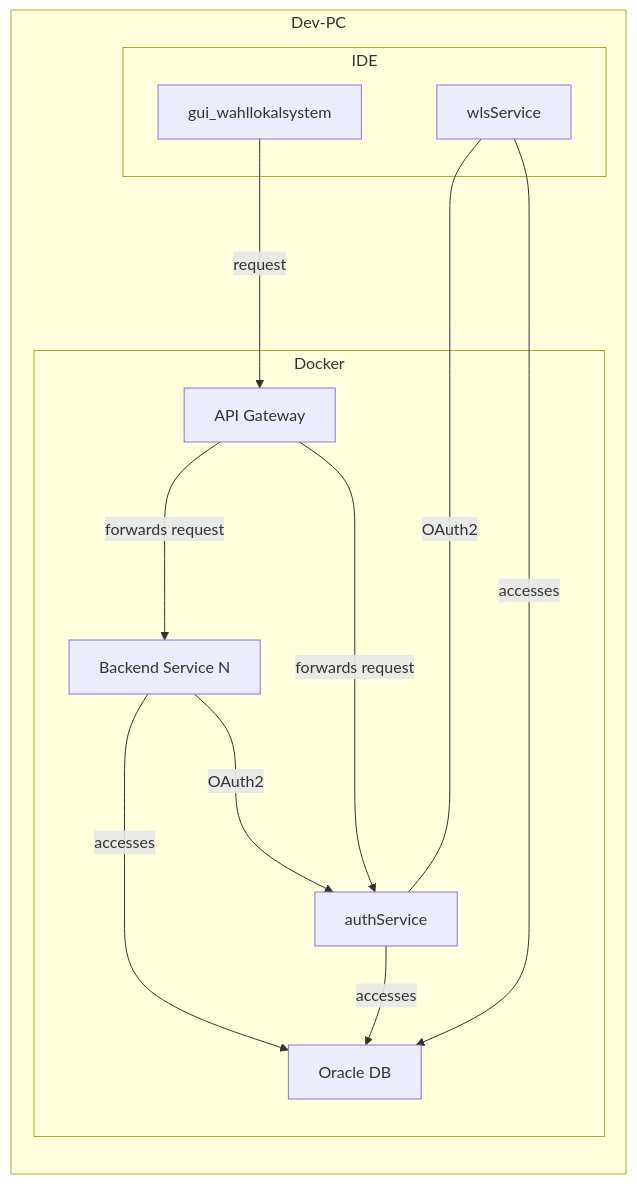
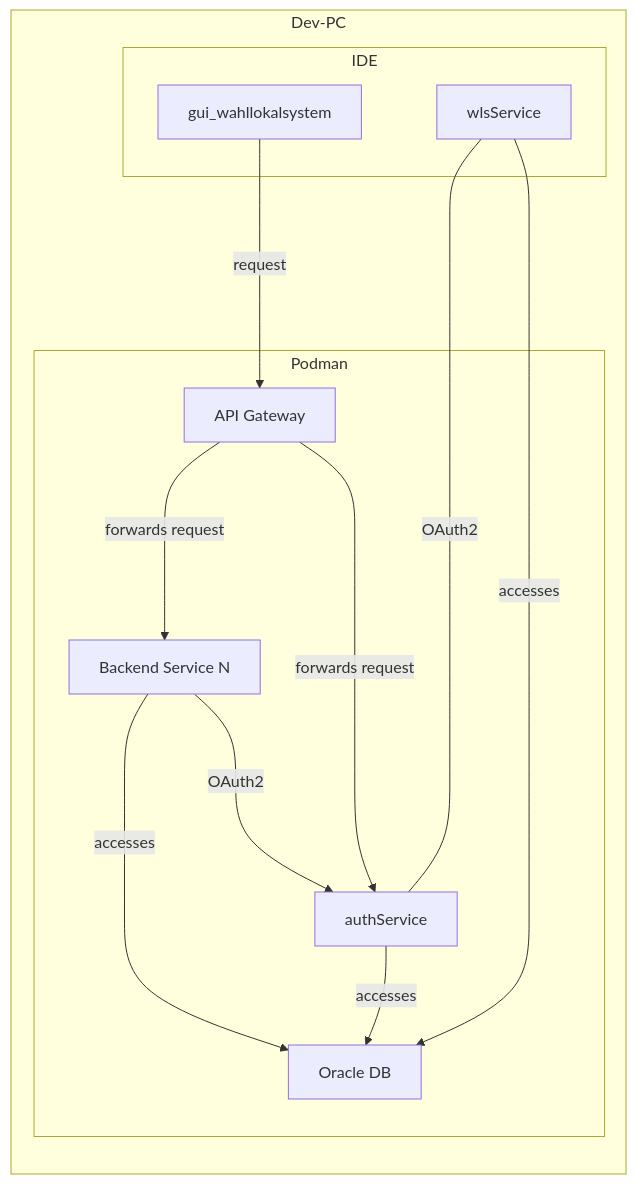
One commit to it-at-m/Wahllokalsystem changed the diagram in docs/src/technik/get_started/index.md. Above: the diagram before and after it, drawn with Mermaid. The commit also changed other lines of this file and 4 other files, not shown here.

Commit message:
#1705 replace docker with podman

````diff
--- a/docs/src/technik/get_started/index.md
+++ b/docs/src/technik/get_started/index.md
@@ -11,30 +11,30 @@
 ```mermaid
 flowchart LR
 
     subgraph Dev-PC
         subgraph IDE
             wlsService
             frontend_gui[gui_wahllokalsystem]
         end
 
-        subgraph Docker
+        subgraph Podman
             authService
             oracleDB[Oracle DB]
             apiGateway[API Gateway]
             backendServiceN[Backend Service N]
         end
 
         apiGateway --->|forwards request| backendServiceN
         apiGateway --->|forwards request| authService
 
         backendServiceN --->|accesses| oracleDB
         backendServiceN --->|OAuth2| authService
 
         frontend_gui --->|request| apiGateway
 
         authService-->|accesses| oracleDB
 
         wlsService ---|OAuth2| authService
         wlsService --->|accesses|oracleDB
     end
 ```
````
